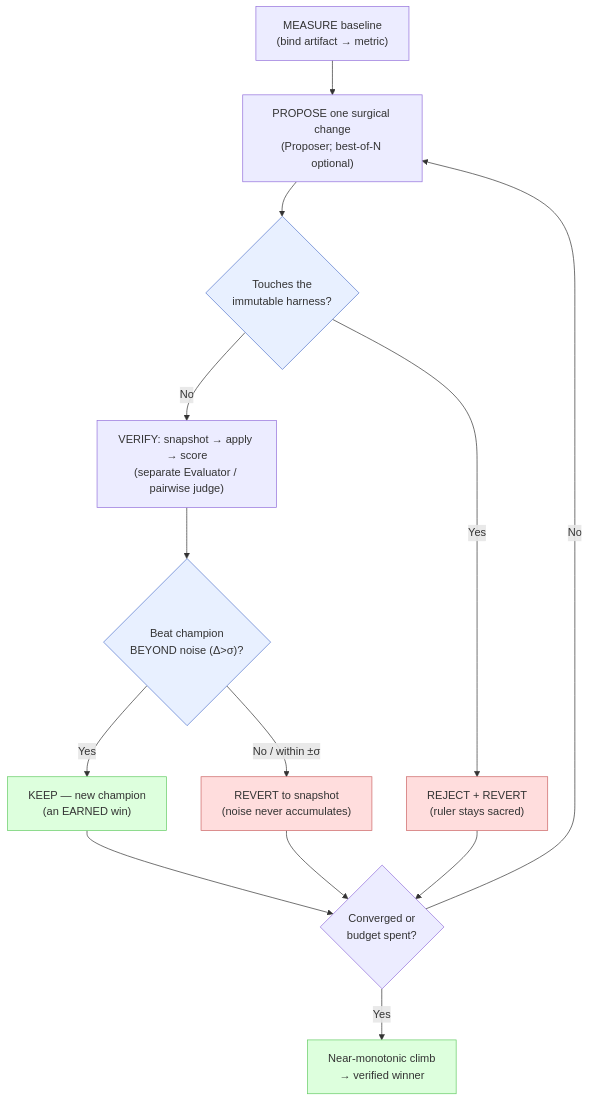
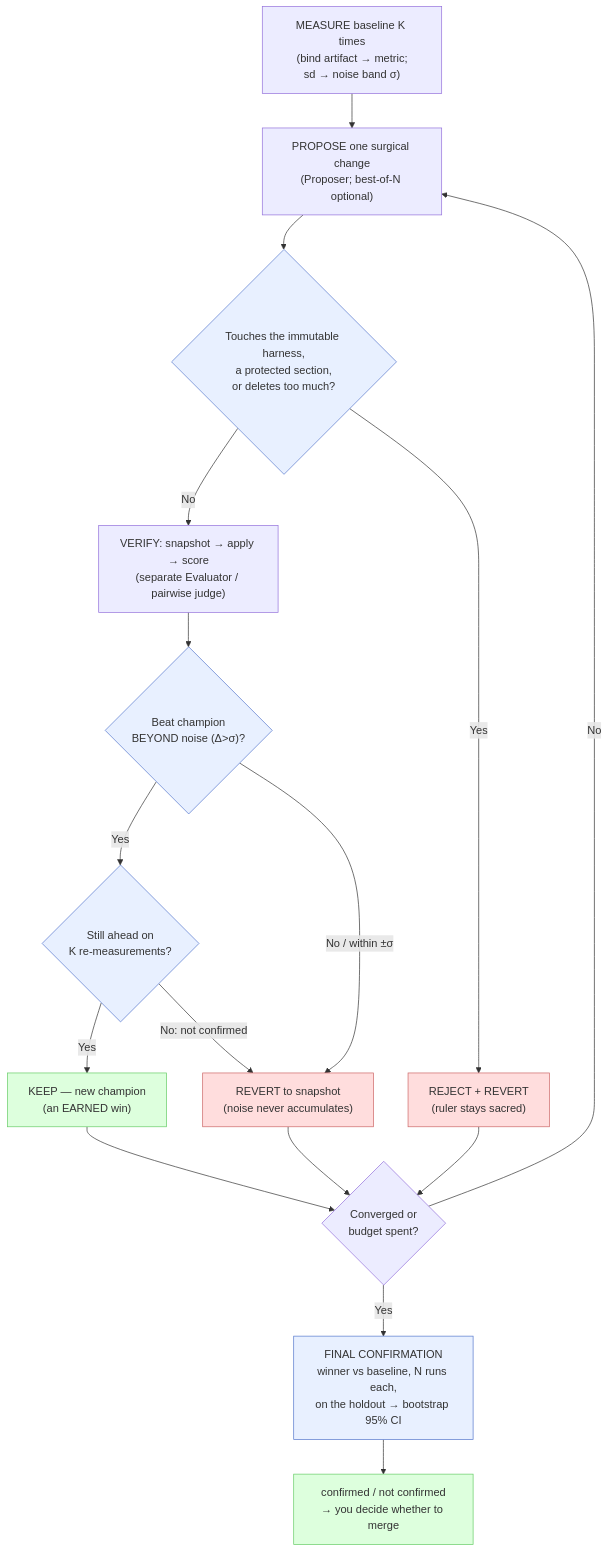
One commit to MatrixFounder/Universal-skills changed the second of 12 diagrams in docs/Manuals/skill-auto-improve_manual.md. Above: the diagram before and after it, drawn with Mermaid. The commit also changed other lines of this file and 33 other files, not shown here.

````diff
--- a/docs/Manuals/skill-auto-improve_manual.md
+++ b/docs/Manuals/skill-auto-improve_manual.md
@@ -309,23 +353,26 @@
 ```mermaid
 flowchart TD
-    M["MEASURE baseline<br/>(bind artifact → metric)"] --> P
+    M["MEASURE baseline K times<br/>(bind artifact → metric;<br/>sd → noise band σ)"] --> P
     P["PROPOSE one surgical change<br/>(Proposer; best-of-N optional)"] --> IMM
-    IMM{"Touches the<br/>immutable harness?"}
+    IMM{"Touches the immutable harness,<br/>a protected section,<br/>or deletes too much?"}
     IMM -- "Yes" --> REJ["REJECT + REVERT<br/>(ruler stays sacred)"]
     IMM -- "No" --> V["VERIFY: snapshot → apply → score<br/>(separate Evaluator / pairwise judge)"]
     V --> D{"Beat champion<br/>BEYOND noise (Δ>σ)?"}
-    D -- "Yes" --> K["KEEP — new champion<br/>(an EARNED win)"]
+    D -- "Yes" --> RM{"Still ahead on<br/>K re-measurements?"}
+    RM -- "Yes" --> K["KEEP — new champion<br/>(an EARNED win)"]
+    RM -- "No: not confirmed" --> R
     D -- "No / within ±σ" --> R["REVERT to snapshot<br/>(noise never accumulates)"]
     K --> C{"Converged or<br/>budget spent?"}
     R --> C
     REJ --> C
     C -- "No" --> P
-    C -- "Yes" --> OUT["Near-monotonic climb<br/>→ verified winner"]
+    C -- "Yes" --> FC["FINAL CONFIRMATION<br/>winner vs baseline, N runs each,<br/>on the holdout → bootstrap 95% CI"]
+    FC --> OUT["confirmed / not confirmed<br/>→ you decide whether to merge"]
 
     classDef good fill:#dfd,stroke:#6c6;
     classDef bad fill:#fdd,stroke:#c66;
     classDef key fill:#e8f0ff,stroke:#5577cc;
     class K,OUT good;
     class REJ,R bad;
-    class IMM,D key;
+    class IMM,D,RM,FC key;
 ```
````
